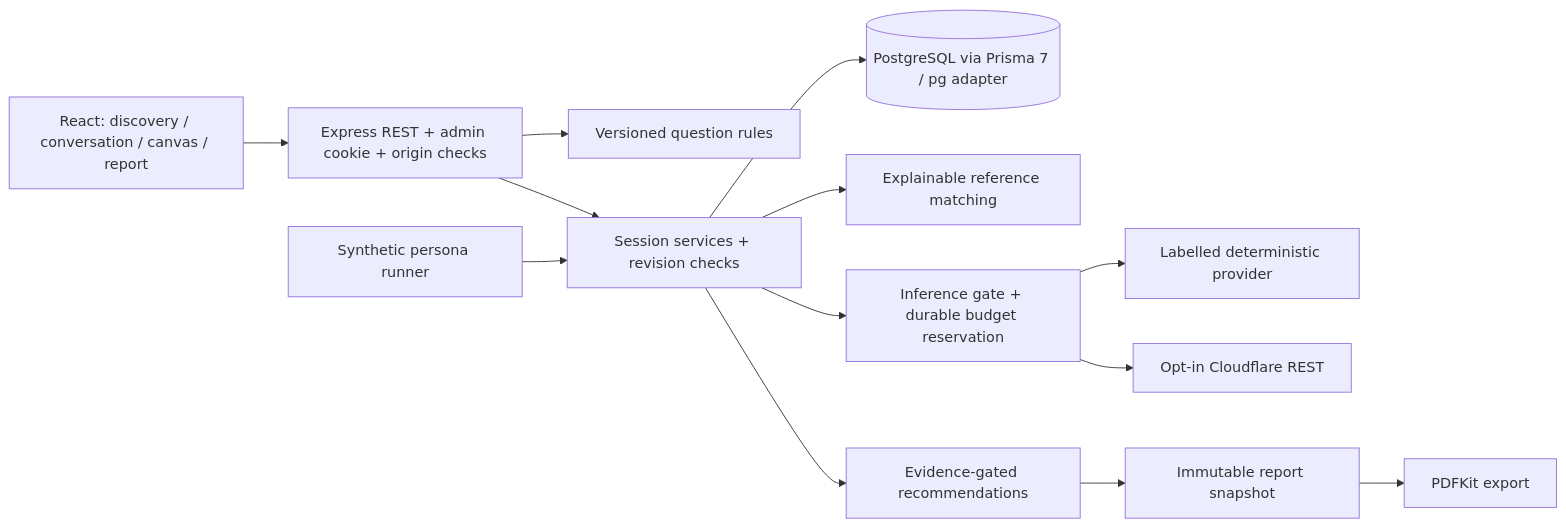
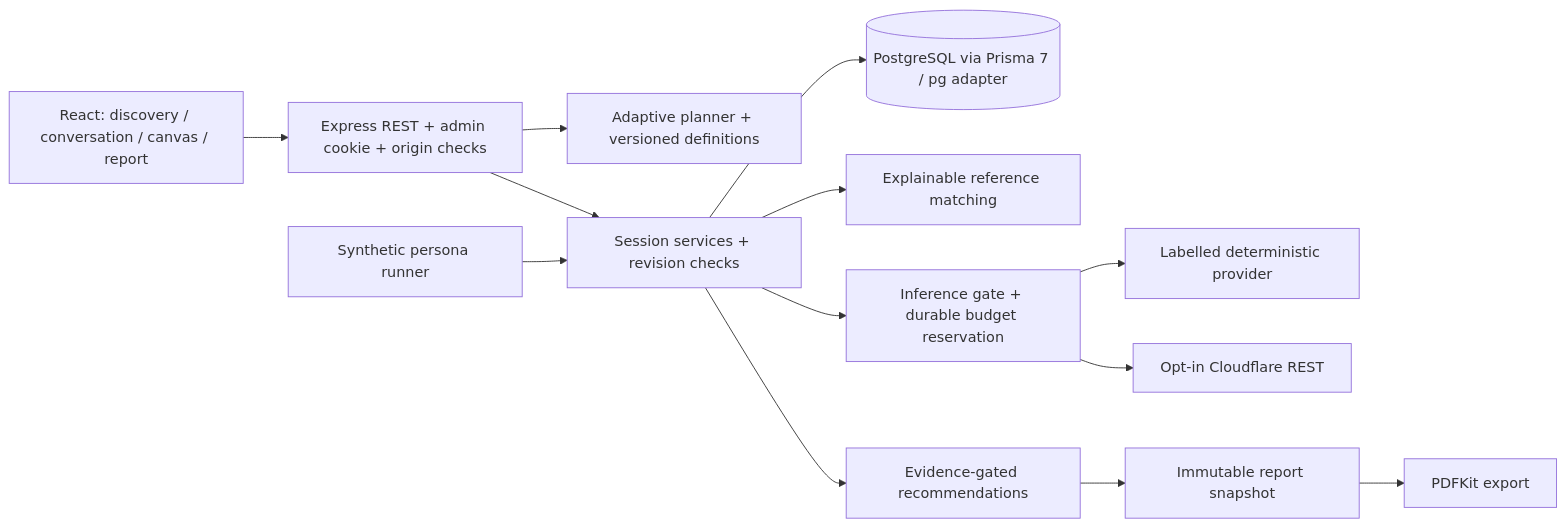
The diagram in docs/architecture/ARCHITECTURE.md (keenosmith-del/kailor), drawn with Mermaid before and after one commit. The commit also changed other lines of this file and 45 other files, not shown here.

````diff
--- a/docs/architecture/ARCHITECTURE.md
+++ b/docs/architecture/ARCHITECTURE.md
@@ -5,15 +5,15 @@
 ```mermaid
 flowchart LR
   UI[React: discovery / conversation / canvas / report] --> API[Express REST + admin cookie + origin checks]
-  API --> Discovery[Versioned question rules]
+  API --> Discovery[Adaptive planner + versioned definitions]
   API --> Session[Session services + revision checks]
   Session --> PG[(PostgreSQL via Prisma 7 / pg adapter)]
   Session --> Cases[Explainable reference matching]
   Session --> Rules[Evidence-gated recommendations]
   Session --> Router[Inference gate + durable budget reservation]
   Router --> Mock[Labelled deterministic provider]
   Router --> CF[Opt-in Cloudflare REST]
   Rules --> Snapshot[Immutable report snapshot]
   Snapshot --> PDF[PDFKit export]
   Simulator[Synthetic persona runner] --> Session
 ```
````
